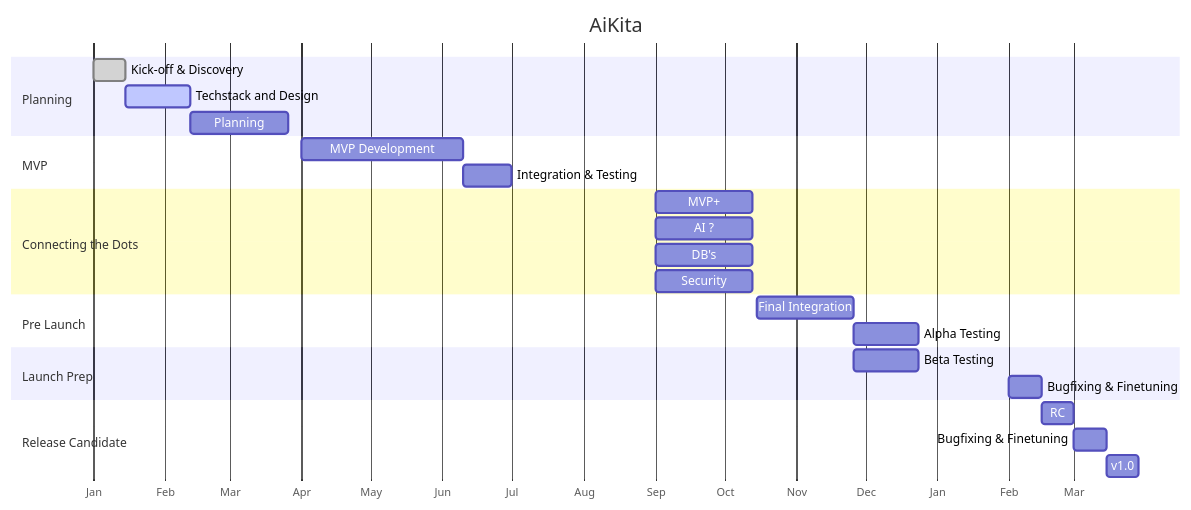
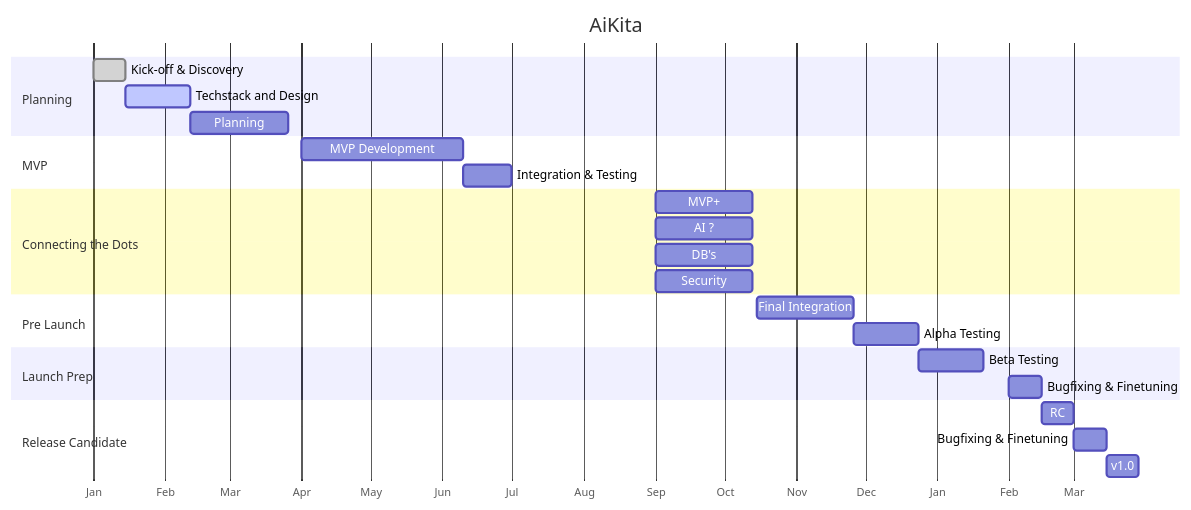
The diagram in README.md (riosarah/AiKita.Planning), drawn with Mermaid before and after one commit.

````diff
--- a/README.md
+++ b/README.md
@@ -8,34 +8,34 @@
 ```mermaid
 gantt
     title AiKita
     dateFormat  MM
     axisFormat  %b
 
     section Planning
     Kick-off & Discovery :done, p1, 2025-01-01, 2w
     Techstack and Design :active, p2, after p1, 4w
     Planning :p3, after p2, 6w
 
     section MVP
     MVP Development :p4, 2025-04-01, 10w
     Integration & Testing :p5, after p4, 3w
 
     section Connecting the Dots
     MVP+ :p6, 2025-09-01, 6w
     AI ? :p7, 2025-09-01, 6w
     DB's :p8, 2025-09-01, 6w
     Security :p9, 2025-09-01, 6w
 
     section Pre Launch
     Final Integration :p10, 2025-10-15, 6w
     Alpha Testing :p11, after p10, 4w
 
     section Launch Prep
-    Beta Testing :p12, after p10, 4w
+    Beta Testing :p12, after p11, 4w
     Bugfixing & Finetuning :p13, 2026-02-01, 2w
 
     section Release Candidate
     RC :p14, after p13, 2w
     Bugfixing & Finetuning :p15, after p14, 2w
     v1.0 :p16, after p15, 2w
 ```
````
